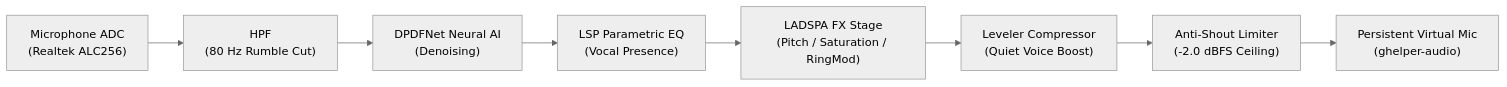
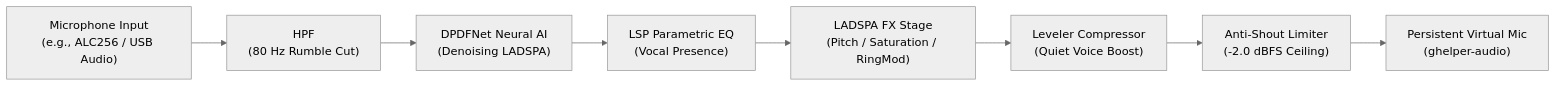
The diagram in README.md (kmanisk/micstudio), drawn with Mermaid (neutral theme) before and after one commit. The commit also changed other lines of this file and 4 other files, not shown here.

````diff
--- a/README.md
+++ b/README.md
@@ -37,10 +196,10 @@
 ```mermaid
 flowchart LR
-    A["Microphone ADC<br/>(Realtek ALC256)"] --> B["HPF<br/>(80 Hz Rumble Cut)"]
-    B --> C["DPDFNet Neural AI<br/>(Denoising)"]
+    A["Microphone Input<br/>(e.g., ALC256 / USB Audio)"] --> B["HPF<br/>(80 Hz Rumble Cut)"]
+    B --> C["DPDFNet Neural AI<br/>(Denoising LADSPA)"]
     C --> D["LSP Parametric EQ<br/>(Vocal Presence)"]
     D --> E["LADSPA FX Stage<br/>(Pitch / Saturation / RingMod)"]
     E --> F["Leveler Compressor<br/>(Quiet Voice Boost)"]
     F --> G["Anti-Shout Limiter<br/>(-2.0 dBFS Ceiling)"]
     G --> H["Persistent Virtual Mic<br/>(ghelper-audio)"]
 ```
````
